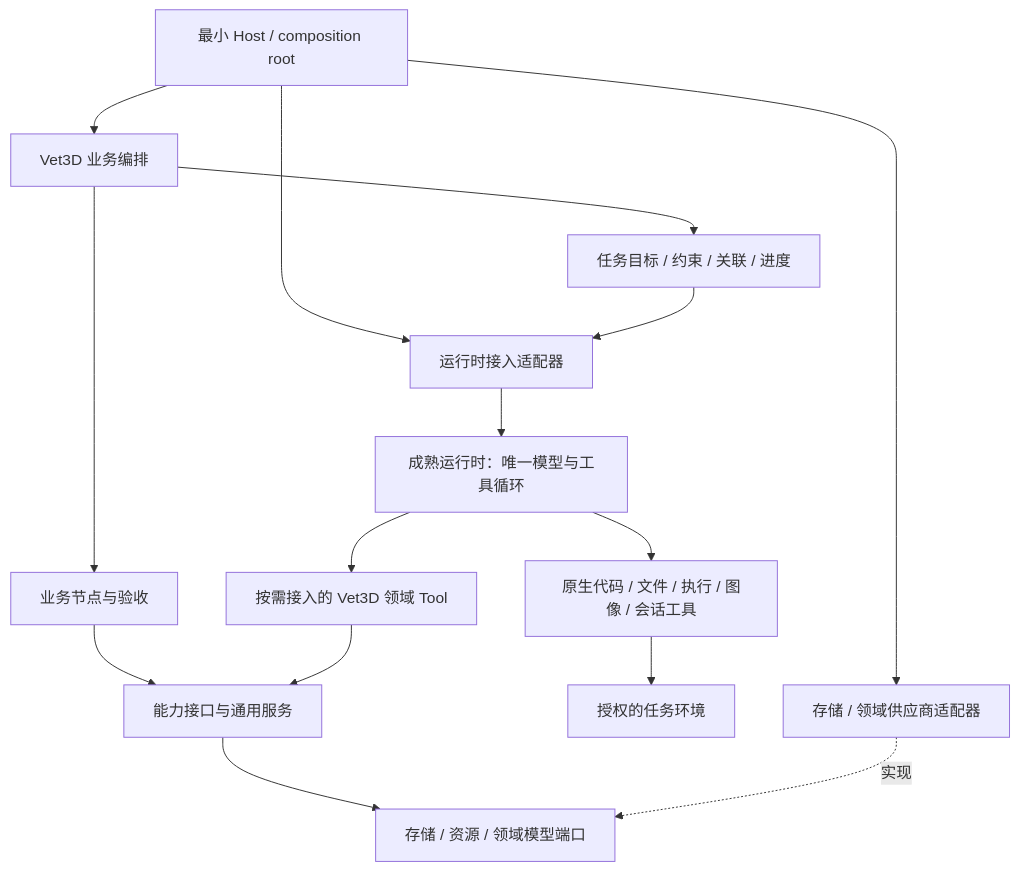
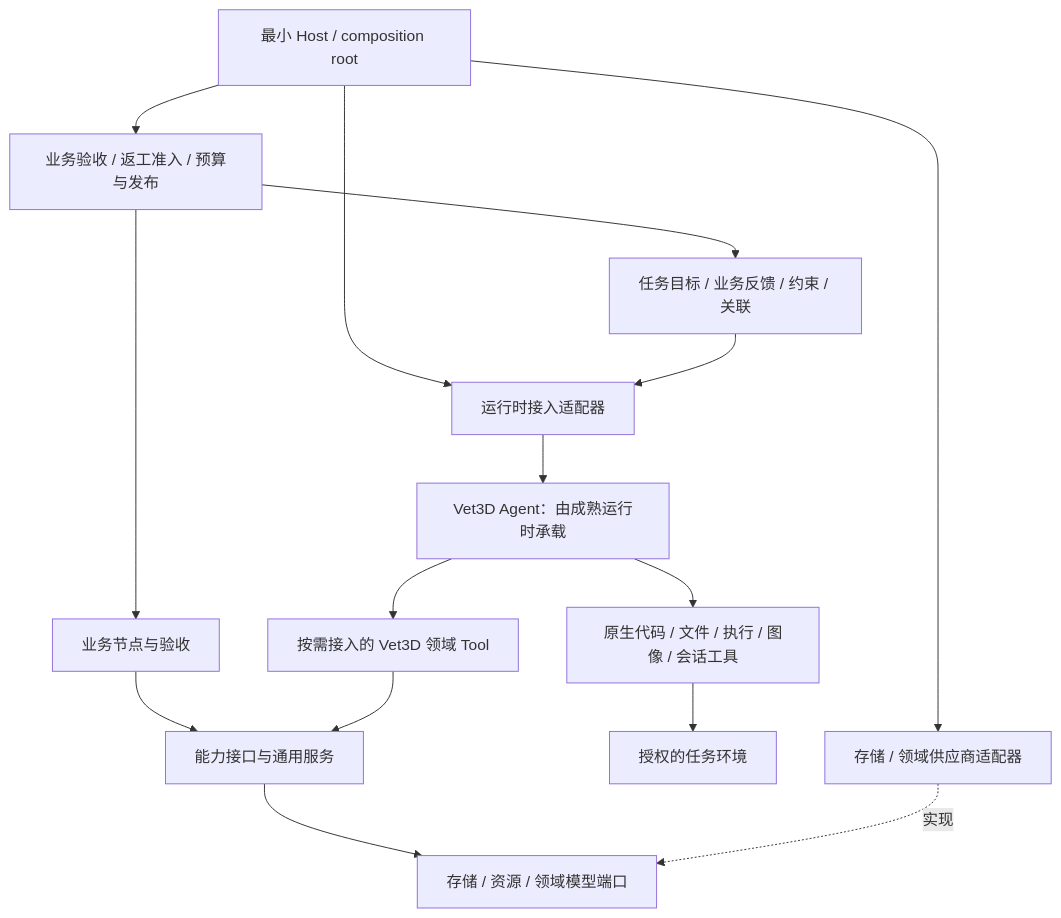
One commit to vancer17/Vet3D changed the first of 2 diagrams in docs/vet3d/implementation/README.md. Above: the diagram before and after it, drawn with Mermaid. The commit also changed other lines of this file and 3 other files, not shown here.

````diff
--- a/docs/vet3d/implementation/README.md
+++ b/docs/vet3d/implementation/README.md
@@ -63,17 +63,17 @@
 ```mermaid
 flowchart TD
-    ROOT["最小 Host / composition root"] --> RUN["Vet3D 业务编排"]
+    ROOT["最小 Host / composition root"] --> RUN["业务验收 / 返工准入 / 预算与发布"]
     ROOT --> ADAPT["运行时接入适配器"]
     ROOT --> STORE["存储 / 领域供应商适配器"]
-    RUN --> TASK["任务目标 / 约束 / 关联 / 进度"]
+    RUN --> TASK["任务目标 / 业务反馈 / 约束 / 关联"]
     TASK --> ADAPT
-    ADAPT --> RUNTIME["成熟运行时：唯一模型与工具循环"]
+    ADAPT --> RUNTIME["Vet3D Agent：由成熟运行时承载"]
     RUNTIME --> NATIVE["原生代码 / 文件 / 执行 / 图像 / 会话工具"]
     NATIVE --> ENV["授权的任务环境"]
     RUNTIME --> TOOL["按需接入的 Vet3D 领域 Tool"]
     RUN --> NODE["业务节点与验收"]
     NODE --> CAP["能力接口与通用服务"]
     TOOL --> CAP
     CAP --> PORT["存储 / 资源 / 领域模型端口"]
     STORE -. 实现 .-> PORT
 ```
````
